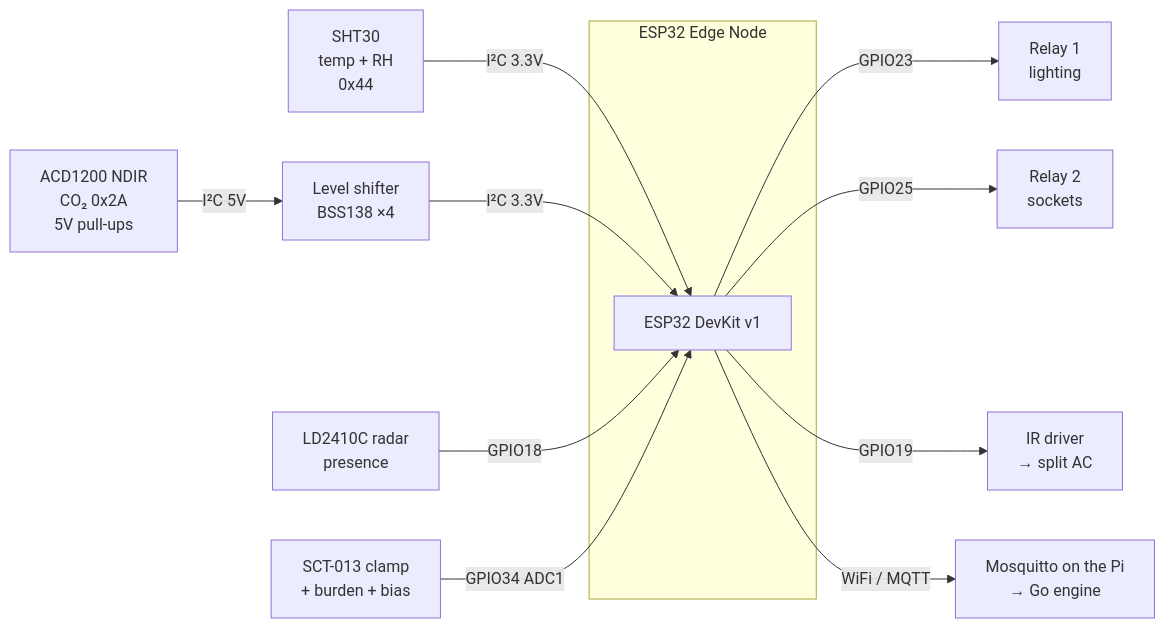
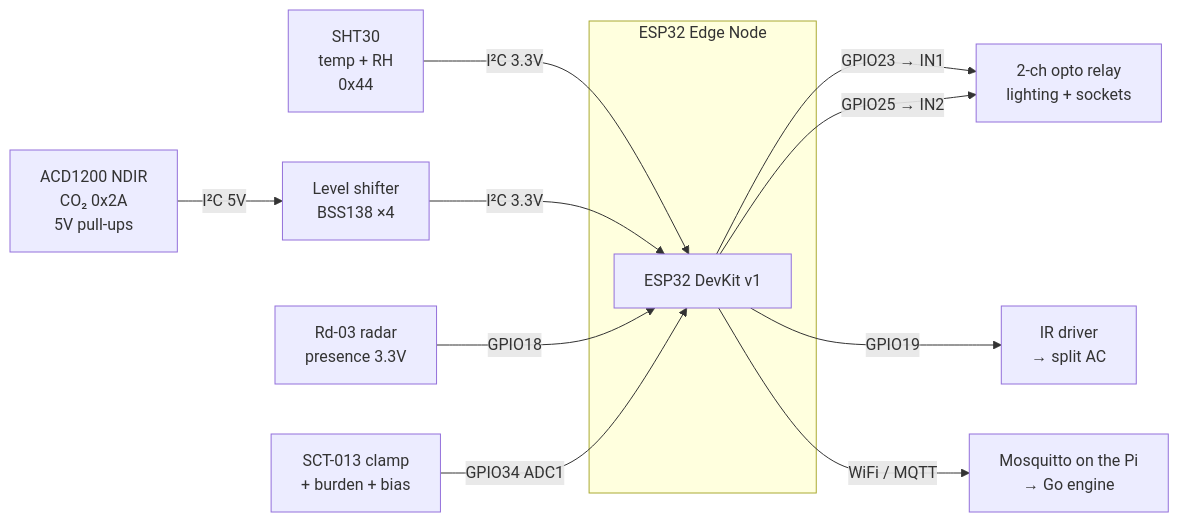
Before and after one commit to mosaicmatte/econ: the diagram in edge/WIRING.md, drawn with Mermaid. The commit also changed other lines of this file and 3 other files, not shown here.

````diff
--- a/edge/WIRING.md
+++ b/edge/WIRING.md
@@ -43,15 +43,15 @@
 ```mermaid
 flowchart LR
   subgraph N["ESP32 Edge Node"]
     E["ESP32 DevKit v1"]
   end
   SHT["SHT30<br/>temp + RH<br/>0x44"] -- "I²C 3.3V" --> E
   LS["Level shifter<br/>BSS138 ×4"] -- "I²C 3.3V" --> E
   CO2["ACD1200 NDIR<br/>CO₂ 0x2A<br/>5V pull-ups"] -- "I²C 5V" --> LS
-  RAD["LD2410C radar<br/>presence"] -- "GPIO18" --> E
+  RAD["Rd-03 radar<br/>presence 3.3V"] -- "GPIO18" --> E
   CT["SCT-013 clamp<br/>+ burden + bias"] -- "GPIO34 ADC1" --> E
-  E -- "GPIO23" --> RL1["Relay 1<br/>lighting"]
-  E -- "GPIO25" --> RL2["Relay 2<br/>sockets"]
+  E -- "GPIO23 → IN1" --> RL["2-ch opto relay<br/>lighting + sockets"]
+  E -- "GPIO25 → IN2" --> RL
   E -- "GPIO19" --> IR["IR driver<br/>→ split AC"]
   E -- "WiFi / MQTT" --> BR["Mosquitto on the Pi<br/>→ Go engine"]
 ```
````
